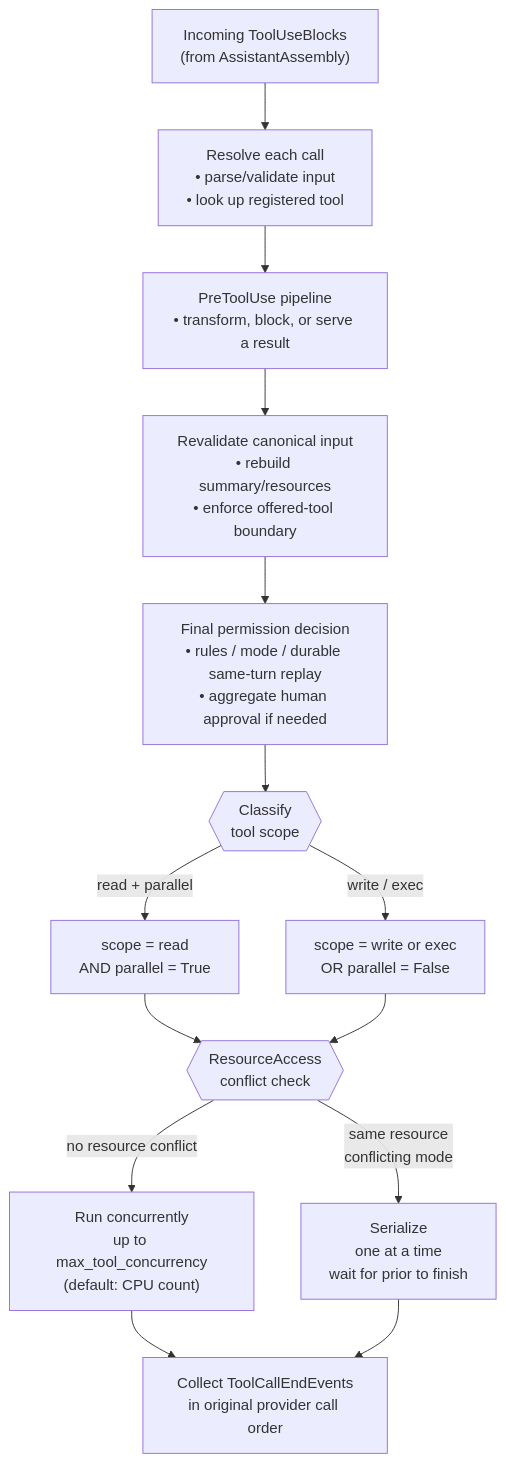
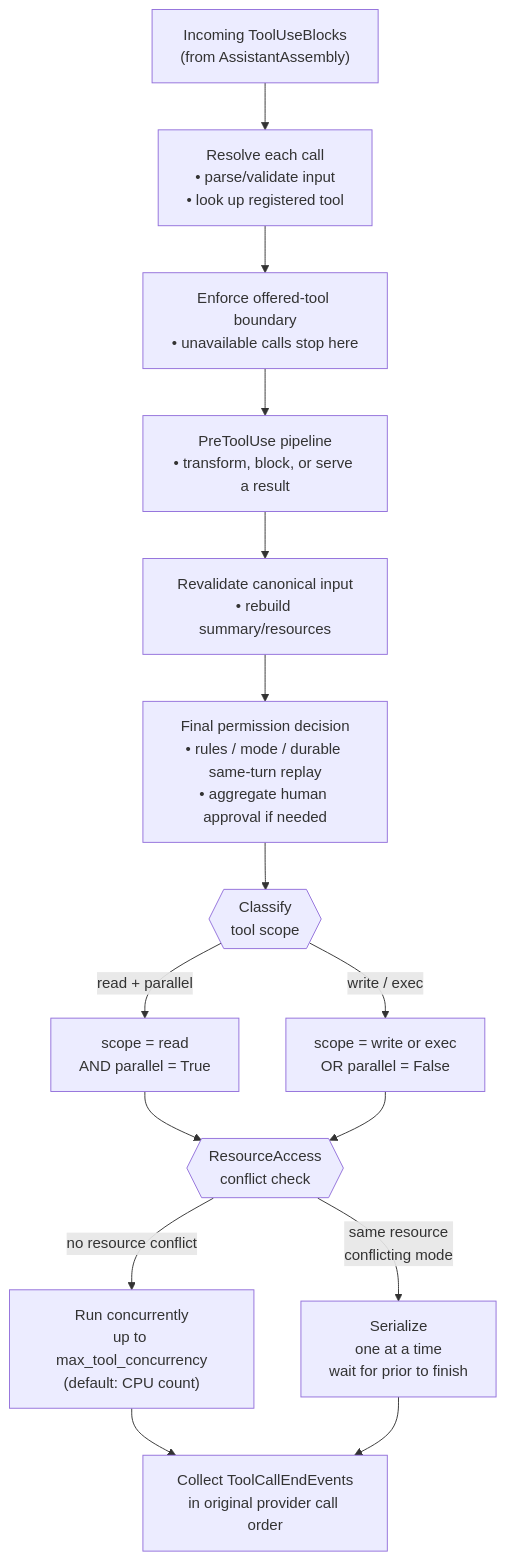
The first of 8 diagrams in docs/architecture/subsystems.md (DuyTa506/linch), drawn with Mermaid before and after one commit. The commit also changed other lines of this file and 43 other files, not shown here.

````diff
--- a/docs/architecture/subsystems.md
+++ b/docs/architecture/subsystems.md
@@ -11,31 +11,32 @@
 ```mermaid
 flowchart TD
     IN["Incoming ToolUseBlocks\n(from AssistantAssembly)"]
 
     RESOLVE["Resolve each call\n• parse/validate input\n• look up registered tool"]
+    OFFERED["Enforce offered-tool boundary\n• unavailable calls stop here"]
     HOOK["PreToolUse pipeline\n• transform, block, or serve a result"]
-    REVALIDATE["Revalidate canonical input\n• rebuild summary/resources\n• enforce offered-tool boundary"]
+    REVALIDATE["Revalidate canonical input\n• rebuild summary/resources"]
     PERMIT["Final permission decision\n• rules / mode / durable same-turn replay\n• aggregate human approval if needed"]
 
     CLASSIFY{{"Classify\ntool scope"}}
 
     READ["scope = read\nAND parallel = True"]
     WRITE["scope = write or exec\nOR parallel = False"]
 
     RES{{"ResourceAccess\nconflict check"}}
 
     PAR["Run concurrently\nup to max_tool_concurrency\n(default: CPU count)"]
     SER["Serialize\none at a time\nwait for prior to finish"]
 
     OUT["Collect ToolCallEndEvents\nin original provider call order"]
 
-    IN --> RESOLVE --> HOOK --> REVALIDATE --> PERMIT --> CLASSIFY
+    IN --> RESOLVE --> OFFERED --> HOOK --> REVALIDATE --> PERMIT --> CLASSIFY
     CLASSIFY -->|"read + parallel"| READ
     CLASSIFY -->|"write / exec"| WRITE
     READ --> RES
     WRITE --> RES
     RES -->|"no resource conflict"| PAR
     RES -->|"same resource\nconflicting mode"| SER
     PAR --> OUT
     SER --> OUT
 ```
````
